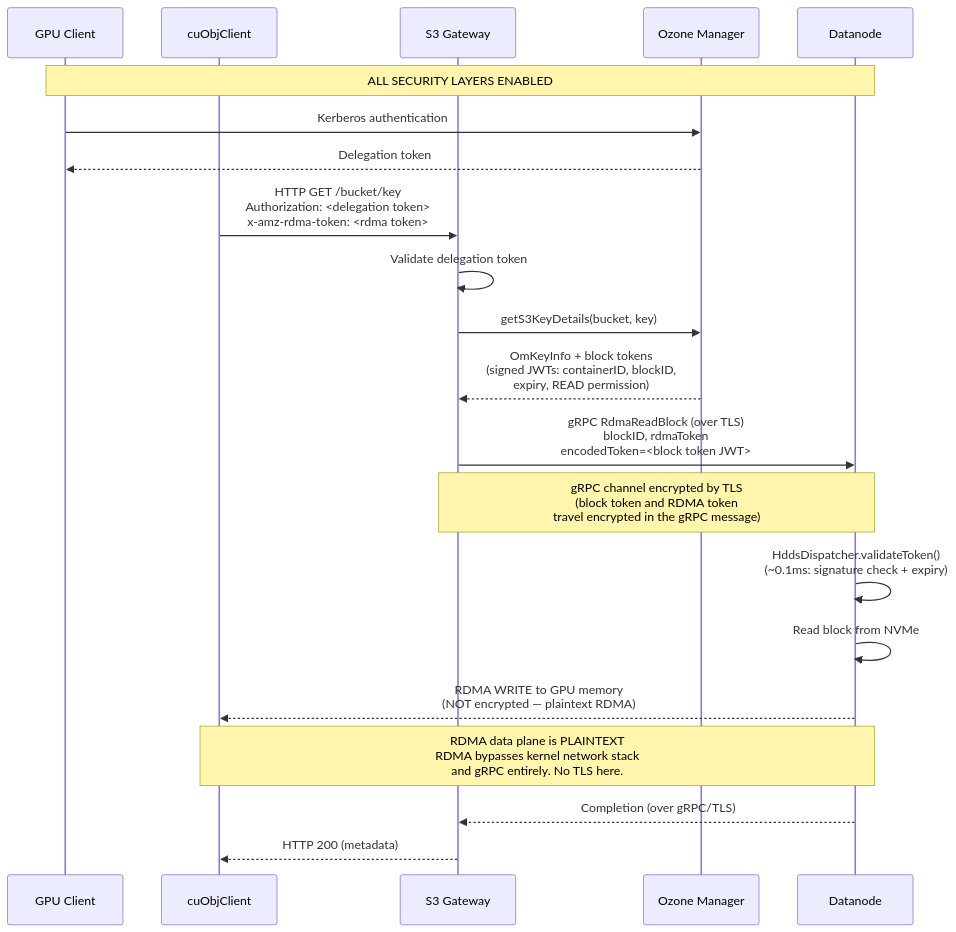
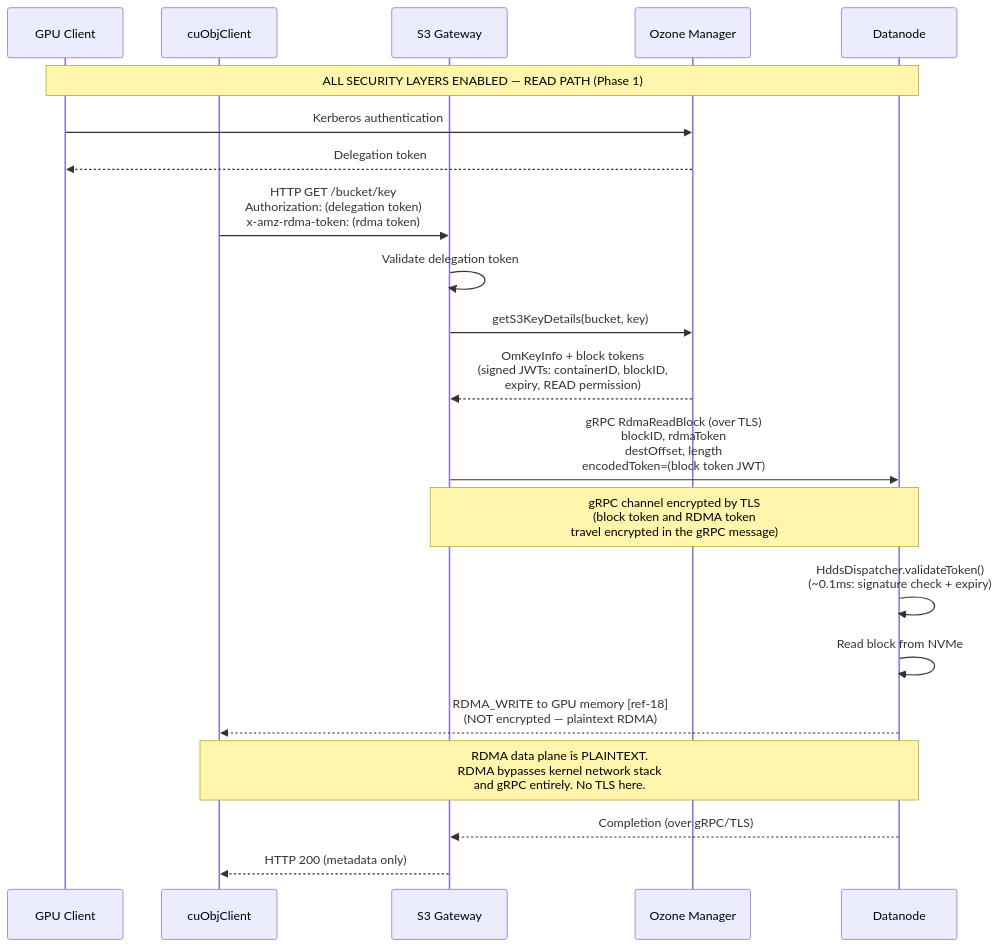
Before and after one commit to ptlrs/ozone: diagram 13 of 17 in docs/gds-dn-direct-rdma-implementation-spec.md, drawn with Mermaid. The commit also changed other lines of this file, not shown here.

Commit message:
GPUDIRECT. Update GPUDirect Storage spec to version 3.0 with phased S3 GET RDMA integration details

````diff
--- a/docs/gds-dn-direct-rdma-implementation-spec.md
+++ b/docs/gds-dn-direct-rdma-implementation-spec.md
@@ -957,23 +1012,31 @@
 ```mermaid
 sequenceDiagram
   participant Client as GPU Client
   participant cuObj as cuObjClient
   participant GW as S3 Gateway
   participant OM as Ozone Manager
   participant DN as Datanode
-  Note over Client, DN: ALL SECURITY LAYERS ENABLED
+
+  Note over Client,DN: ALL SECURITY LAYERS ENABLED — READ PATH (Phase 1)
+
   Client ->> OM: Kerberos authentication
   OM -->> Client: Delegation token
-  cuObj ->> GW: HTTP GET /bucket/key<br/>Authorization: <delegation token><br/>x-amz-rdma-token: <rdma token>
+
+  cuObj ->> GW: HTTP GET /bucket/key<br/>Authorization: (delegation token)<br/>x-amz-rdma-token: (rdma token)
+
   GW ->> GW: Validate delegation token
   GW ->> OM: getS3KeyDetails(bucket, key)
   OM -->> GW: OmKeyInfo + block tokens<br/>(signed JWTs: containerID, blockID,<br/>expiry, READ permission)
-  GW ->> DN: gRPC RdmaReadBlock (over TLS)<br/> blockID, rdmaToken<br/> encodedToken=<block token JWT>
-  Note over GW, DN: gRPC channel encrypted by TLS<br/>(block token and RDMA token<br/>travel encrypted in the gRPC message)
+
+  GW ->> DN: gRPC RdmaReadBlock (over TLS)<br/> blockID, rdmaToken<br/> destOffset, length<br/> encodedToken=(block token JWT)
+  Note over GW,DN: gRPC channel encrypted by TLS<br/>(block token and RDMA token<br/>travel encrypted in the gRPC message)
+
   DN ->> DN: HddsDispatcher.validateToken()<br/>(~0.1ms: signature check + expiry)
   DN ->> DN: Read block from NVMe
-  DN -->> cuObj: RDMA WRITE to GPU memory<br/>(NOT encrypted — plaintext RDMA)
-  Note over DN, cuObj: RDMA data plane is PLAINTEXT<br/>RDMA bypasses kernel network stack<br/>and gRPC entirely. No TLS here.
+  DN -->> cuObj: RDMA_WRITE to GPU memory [ref-18]<br/>(NOT encrypted — plaintext RDMA)
+
+  Note over DN,cuObj: RDMA data plane is PLAINTEXT.<br/>RDMA bypasses kernel network stack<br/>and gRPC entirely. No TLS here.
+
   DN -->> GW: Completion (over gRPC/TLS)
-  GW -->> cuObj: HTTP 200 (metadata)
+  GW -->> cuObj: HTTP 200 (metadata only)
 ```
````
